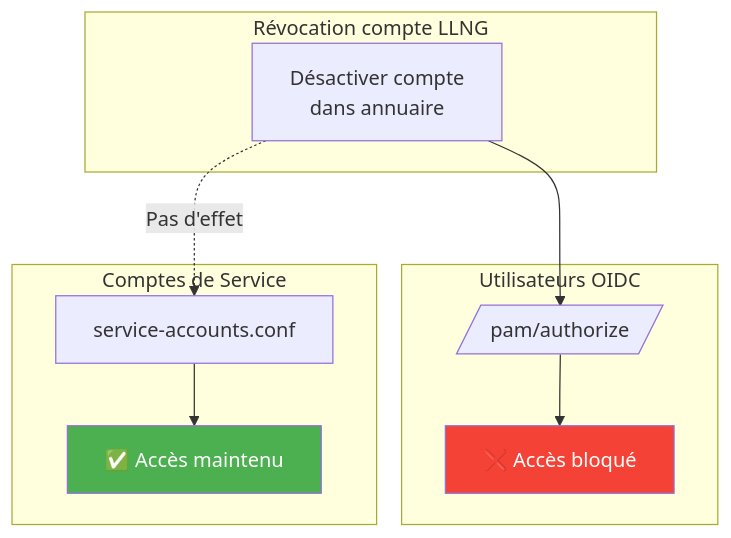
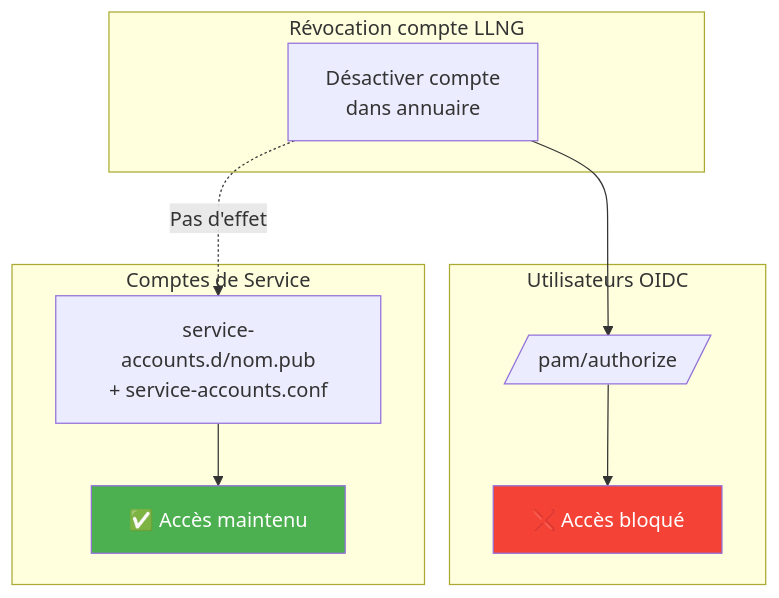
One commit to linagora/open-bastion changed the first of 2 diagrams in doc/security/03-offboarding.rst. Above: the diagram before and after it, drawn with Mermaid. The commit also changed other lines of this file and 5 other files, not shown here.

```diff
--- a/doc/security/03-offboarding.rst
+++ b/doc/security/03-offboarding.rst
@@ -338,21 +340,21 @@
 .. mermaid::
 
    flowchart TB
        subgraph Revocation["Révocation compte LLNG"]
            R1[Désactiver compte<br/>dans annuaire]
        end
 
        subgraph OIDC["Utilisateurs OIDC"]
            O1[/pam/authorize/]
            O2[❌ Accès bloqué]
            R1 --> O1 --> O2
        end
 
        subgraph Service["Comptes de Service"]
-           S1[service-accounts.conf]
+           S1[service-accounts.d/nom.pub<br/>+ service-accounts.conf]
            S2[✅ Accès maintenu]
            R1 -.->|Pas d'effet| S1 --> S2
        end
 
        style O2 fill:#f44336,color:#fff
        style S2 fill:#4caf50,color:#fff
```
